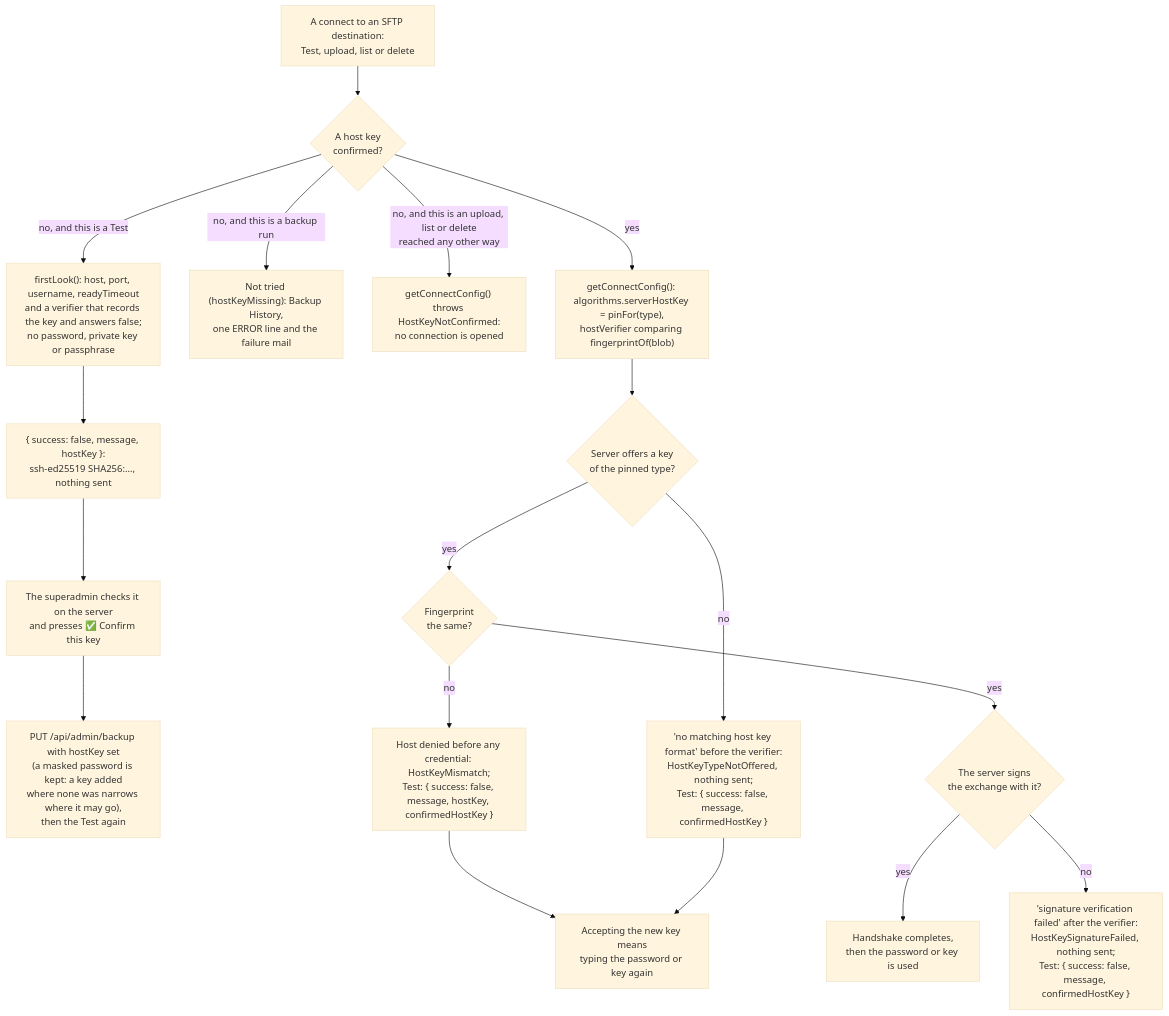
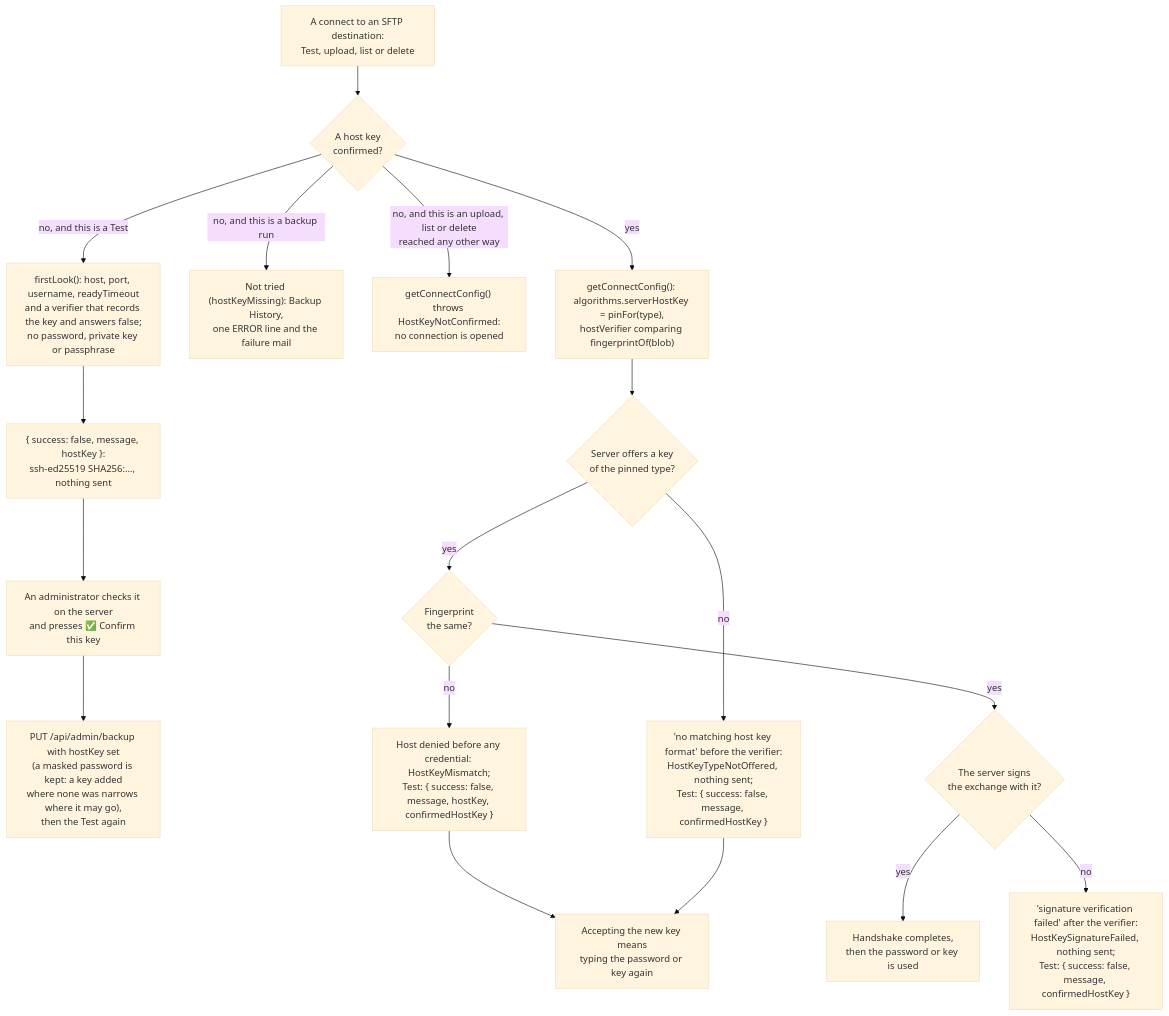
Before and after one commit to gitBoon/DumpFire: the sixth of 13 diagrams in docs/backup-reporting.md, drawn with Mermaid (base theme). The commit also changed other lines of this file and 33 other files, not shown here.

````diff
--- a/docs/backup-reporting.md
+++ b/docs/backup-reporting.md
@@ -441,20 +457,20 @@
 ```mermaid
 flowchart TD
     Start["A connect to an SFTP destination:<br/>Test, upload, list or delete"] --> Has{"A host key<br/>confirmed?"}
     Has -->|"no, and this is a Test"| Probe["firstLook(): host, port, username, readyTimeout<br/>and a verifier that records the key and answers false;<br/>no password, private key or passphrase"]
     Probe --> Shown["{ success: false, message, hostKey }:<br/>ssh-ed25519 SHA256:…, nothing sent"]
-    Shown --> Confirm["The superadmin checks it on the server<br/>and presses ✅ Confirm this key"]
+    Shown --> Confirm["An administrator checks it on the server<br/>and presses ✅ Confirm this key"]
     Confirm --> Save["PUT /api/admin/backup with hostKey set<br/>(a masked password is kept: a key added<br/>where none was narrows where it may go),<br/>then the Test again"]
     Has -->|"no, and this is a backup run"| Refuse1["Not tried (hostKeyMissing): Backup History,<br/>one ERROR line and the failure mail"]
     Has -->|"no, and this is an upload, list or delete<br/>reached any other way"| Refuse0["getConnectConfig() throws HostKeyNotConfirmed:<br/>no connection is opened"]
     Has -->|"yes"| Pin["getConnectConfig(): algorithms.serverHostKey = pinFor(type),<br/>hostVerifier comparing fingerprintOf(blob)"]
     Pin --> Offered{"Server offers a key<br/>of the pinned type?"}
     Offered -->|"no"| Refuse3["'no matching host key format' before the verifier:<br/>HostKeyTypeNotOffered, nothing sent;<br/>Test: { success: false, message, confirmedHostKey }"]
     Offered -->|"yes"| Same{"Fingerprint<br/>the same?"}
     Same -->|"yes"| Signed{"The server signs<br/>the exchange with it?"}
     Signed -->|"yes"| Auth["Handshake completes,<br/>then the password or key is used"]
     Signed -->|"no"| Refuse4["'signature verification failed' after the verifier:<br/>HostKeySignatureFailed, nothing sent;<br/>Test: { success: false, message, confirmedHostKey }"]
     Same -->|"no"| Refuse2["Host denied before any credential: HostKeyMismatch;<br/>Test: { success: false, message, hostKey, confirmedHostKey }"]
     Refuse2 --> Change["Accepting the new key means<br/>typing the password or key again"]
     Refuse3 --> Change
 ```
````
